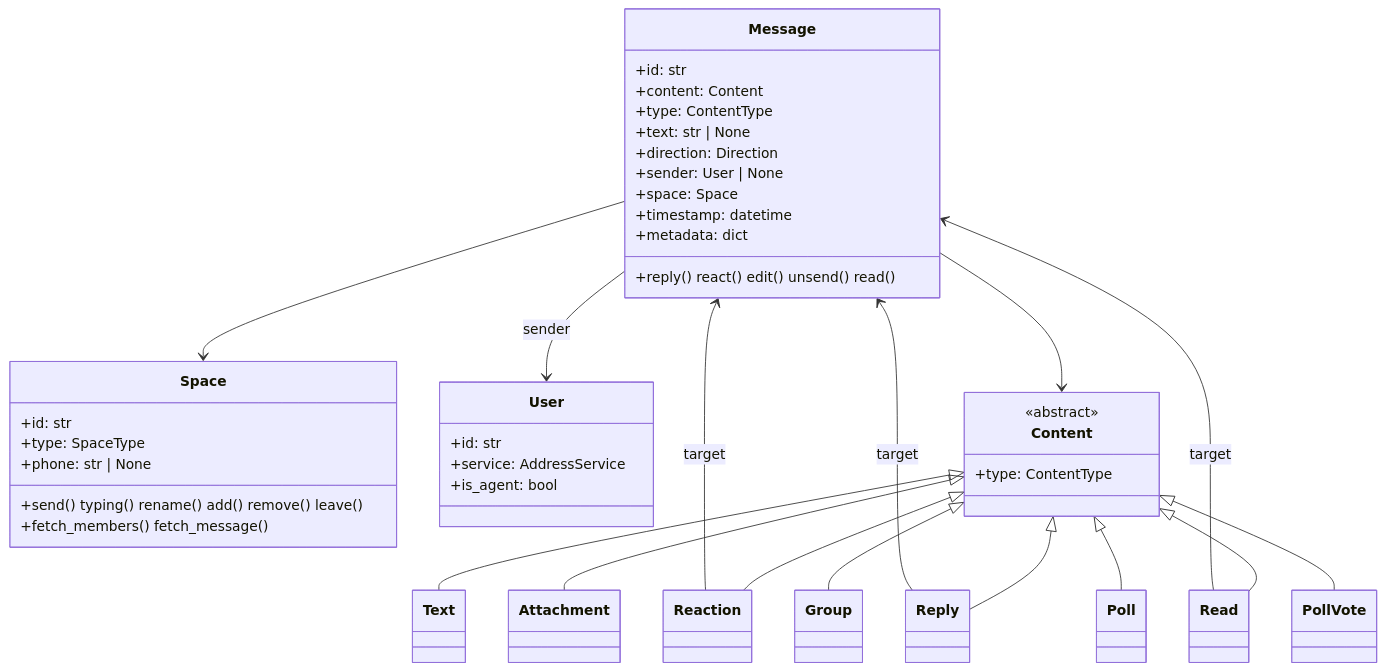
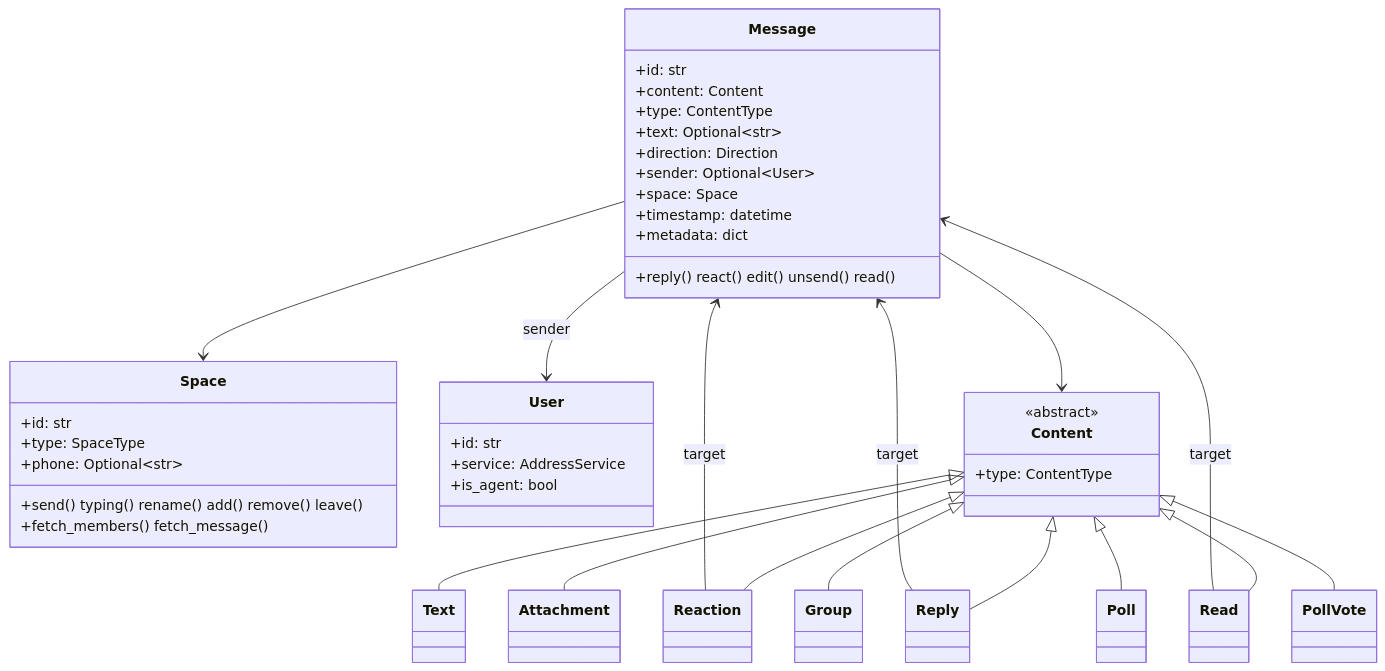
The fourth of 6 diagrams in README.md (deongdion/spectrum), drawn with Mermaid before and after one commit.

Commit message:
README: mermaid-safe optional types in class diagram

````diff
--- a/README.md
+++ b/README.md
@@ -288,45 +288,45 @@
 ```mermaid
 classDiagram
     class Message {
         +id: str
         +content: Content
         +type: ContentType
-        +text: str | None
+        +text: Optional~str~
         +direction: Direction
-        +sender: User | None
+        +sender: Optional~User~
         +space: Space
         +timestamp: datetime
         +metadata: dict
         +reply() react() edit() unsend() read()
     }
     class Space {
         +id: str
         +type: SpaceType
-        +phone: str | None
+        +phone: Optional~str~
         +send() typing() rename() add() remove() leave()
         +fetch_members() fetch_message()
     }
     class User {
         +id: str
         +service: AddressService
         +is_agent: bool
     }
     class Content {
         <<abstract>>
         +type: ContentType
     }
     Message --> Space
     Message --> User : sender
     Message --> Content
     Content <|-- Text
     Content <|-- Attachment
     Content <|-- Reaction
     Content <|-- Reply
     Content <|-- Read
     Content <|-- Group
     Content <|-- Poll
     Content <|-- PollVote
     Reaction --> Message : target
     Reply --> Message : target
     Read --> Message : target
 ```
````
